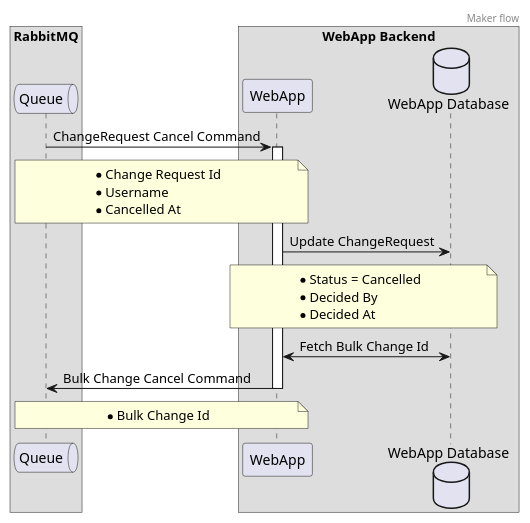
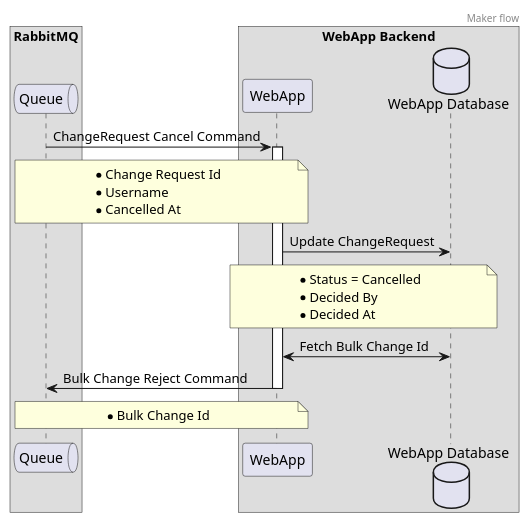
The diagram in modules/webapp/sens-webapp-documentation/src/docs/asciidoc/adrs/diagrams/handling-cancel-message.puml (ngraczykowski/iris-root), drawn with PlantUML before and after one commit. The commit also changed 24 other files, not shown here.

```diff
--- a/modules/webapp/sens-webapp-documentation/src/docs/asciidoc/adrs/diagrams/handling-cancel-message.puml
+++ b/modules/webapp/sens-webapp-documentation/src/docs/asciidoc/adrs/diagrams/handling-cancel-message.puml
@@ -1,41 +1,41 @@
 @startuml
 header Maker flow
 
 box "WebApp Backend"
     participant Backend as "WebApp" order 20
     database WebAppDB as "WebApp Database" order 30
 end box
 
 box "RabbitMQ"
     queue Queue order 10
 end box
 
 Queue -> Backend : ChangeRequest Cancel Command
 
 note over Queue, Backend
     * Change Request Id
     * Username
     * Cancelled At
 end note
 
 activate Backend
 
 Backend -> WebAppDB : Update ChangeRequest
 
 note over Backend, WebAppDB
     * Status = Cancelled
     * Decided By
     * Decided At
 end note
 
 Backend <-> WebAppDB : Fetch Bulk Change Id
 
-Backend -> Queue : Bulk Change Cancel Command
+Backend -> Queue : Bulk Change Reject Command
 note over Queue, Backend
     * Bulk Change Id
 end note
 
 
 deactivate Backend
 
 @enduml
```
